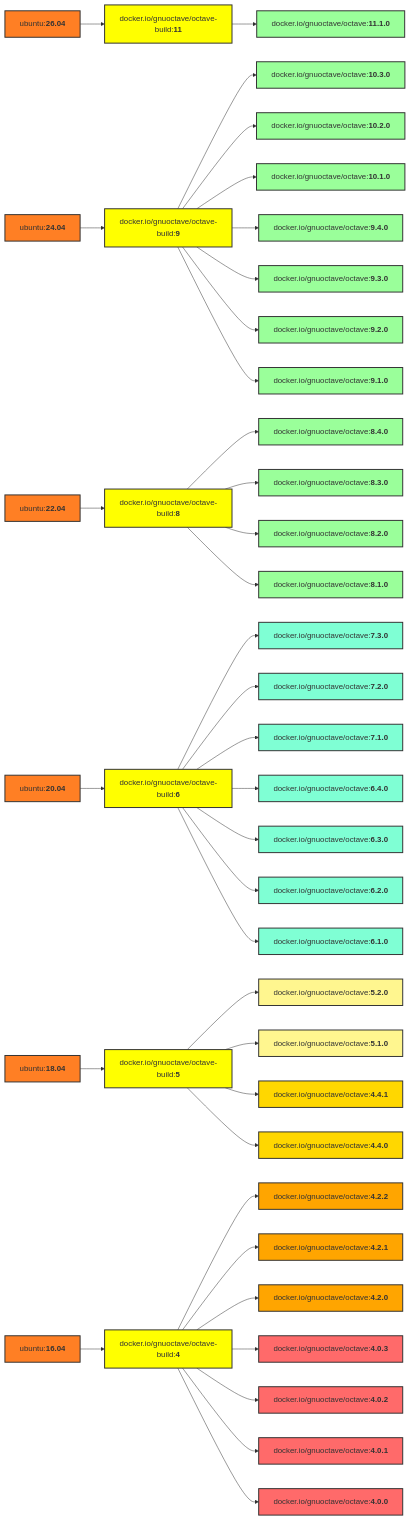
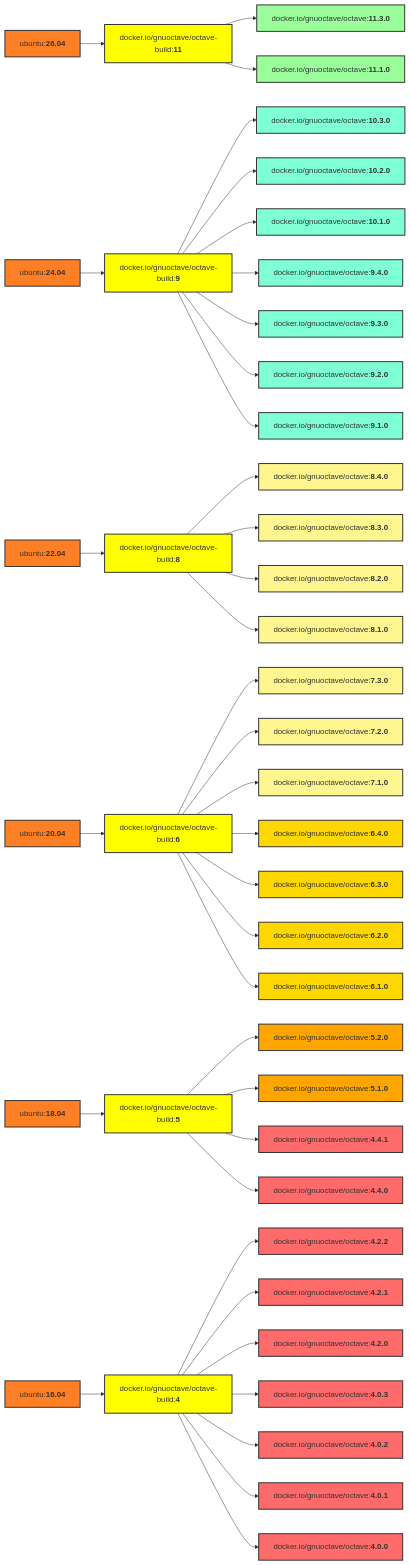
The diagram in README.md (gnu-octave/docker), drawn with Mermaid before and after one commit. The commit also changed other lines of this file and 2 other files, not shown here.

Commit message:
GNU Octave 11.3.0 release

```diff
--- a/README.md
+++ b/README.md
@@ -135,6 +135,7 @@
     U3[ubuntu:<b>20.04</b>] --> b6[docker.io/gnuoctave/octave-build:<b>6</b>];
     U2[ubuntu:<b>18.04</b>] --> b5[docker.io/gnuoctave/octave-build:<b>5</b>];
     U1[ubuntu:<b>16.04</b>] --> b4[docker.io/gnuoctave/octave-build:<b>4</b>];
+    b11 --> v1130[docker.io/gnuoctave/octave:<b>11.3.0</b>];
     b11 --> v1110[docker.io/gnuoctave/octave:<b>11.1.0</b>];
     b9 --> v1030[docker.io/gnuoctave/octave:<b>10.3.0</b>];
     b9 --> v1020[docker.io/gnuoctave/octave:<b>10.2.0</b>];
@@ -185,32 +186,33 @@
     classDef age4 fill:#ffd700,stroke:#333,stroke-width:2px;
     classDef age5 fill:#ffa500,stroke:#333,stroke-width:2px;
     classDef age6 fill:#ff6a6a,stroke:#333,stroke-width:2px;
+    class v1130 age1;
     class v1110 age1;
-    class v1030 age1;
-    class v1020 age1;
-    class v1010 age1;
-    class v940 age1;
-    class v930 age1;
-    class v920 age1;
-    class v910 age1;
-    class v840 age1;
-    class v830 age1;
-    class v820 age1;
-    class v810 age1;
-    class v730 age2;
-    class v720 age2;
-    class v710 age2;
-    class v640 age2;
-    class v630 age2;
-    class v620 age2;
-    class v610 age2;
-    class v520 age3;
-    class v510 age3;
-    class v441 age4;
-    class v440 age4;
-    class v422 age5;
-    class v421 age5;
-    class v420 age5;
+    class v1030 age2;
+    class v1020 age2;
+    class v1010 age2;
+    class v940 age2;
+    class v930 age2;
+    class v920 age2;
+    class v910 age2;
+    class v840 age3;
+    class v830 age3;
+    class v820 age3;
+    class v810 age3;
+    class v730 age3;
+    class v720 age3;
+    class v710 age3;
+    class v640 age4;
+    class v630 age4;
+    class v620 age4;
+    class v610 age4;
+    class v520 age5;
+    class v510 age5;
+    class v441 age6;
+    class v440 age6;
+    class v422 age6;
+    class v421 age6;
+    class v420 age6;
     class v403 age6;
     class v402 age6;
     class v401 age6;
```
